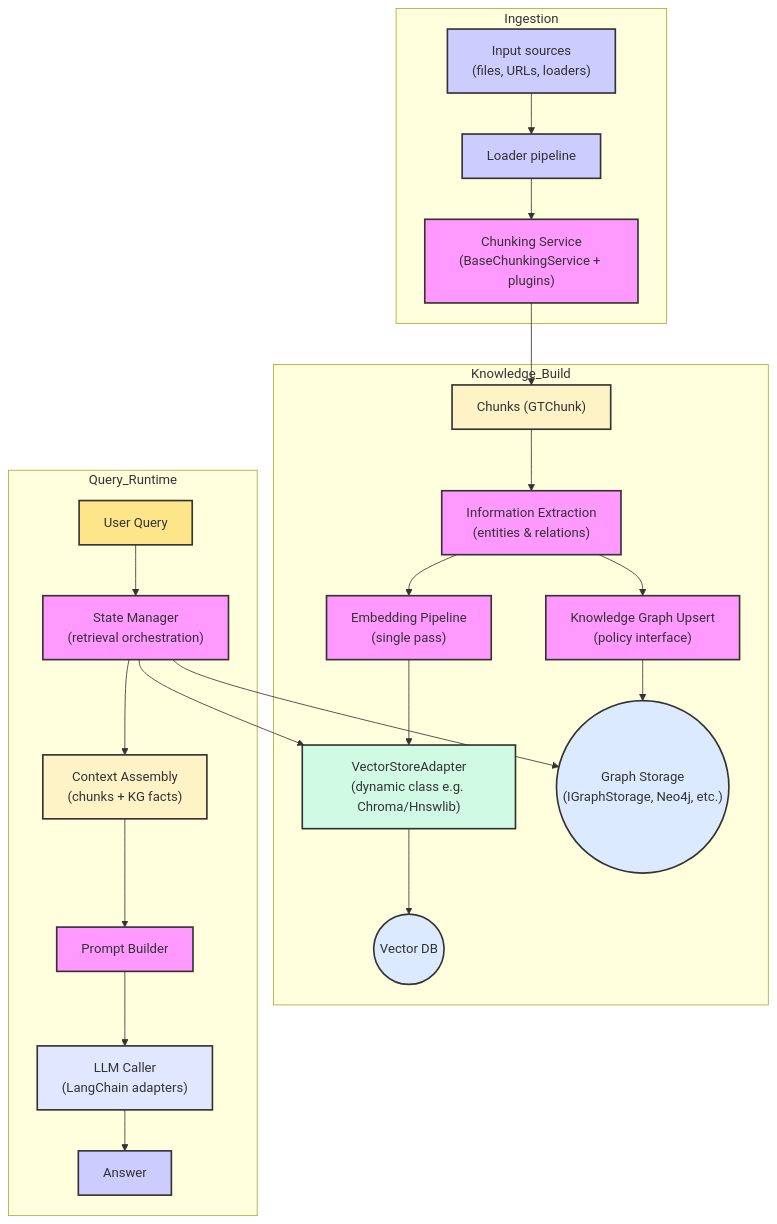
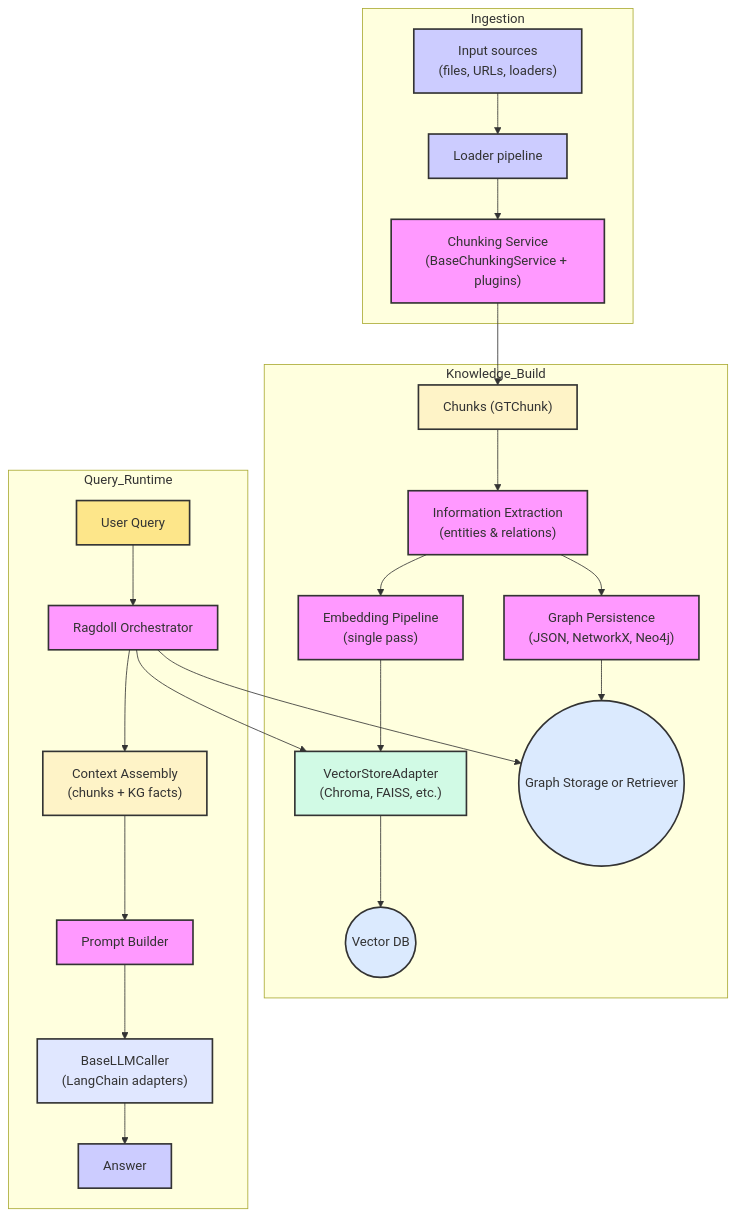
The diagram in docs/architecture.md (nsasto/RAGdoll), drawn with Mermaid before and after one commit. The commit also changed other lines of this file and 4 other files, not shown here.

````diff
--- a/docs/architecture.md
+++ b/docs/architecture.md
@@ -5,47 +5,47 @@
 ```mermaid
 graph TD
     %% Ingestion + Chunking
     subgraph Ingestion
         A["Input sources<br/>(files, URLs, loaders)"] --> B["Loader pipeline"]
         B --> C["Chunking Service<br/>(BaseChunkingService + plugins)"]
     end
     C --> D["Chunks (GTChunk)"]
 
     %% Knowledge Construction
     subgraph Knowledge_Build
         D --> E["Information Extraction<br/>(entities & relations)"]
-        E --> F["Knowledge Graph Upsert<br/>(policy interface)"]
+        E --> F["Graph Persistence<br/>(JSON, NetworkX, Neo4j)"]
         E --> G["Embedding Pipeline<br/>(single pass)"]
-        G --> H["VectorStoreAdapter<br/>(dynamic class e.g. Chroma/Hnswlib)"]
-        F --> I(("Graph Storage<br/>(IGraphStorage, Neo4j, etc.)"))
+        G --> H["VectorStoreAdapter<br/>(Chroma, FAISS, etc.)"]
+        F --> I(("Graph Storage or Retriever"))
         H --> J(("Vector DB"))
     end
 
     %% Query + Reasoning
     subgraph Query_Runtime
-        Q["User Query"] --> R["State Manager<br/>(retrieval orchestration)"]
+        Q["User Query"] --> R["Ragdoll Orchestrator"]
         R --> H
         R --> I
         R --> S["Context Assembly<br/>(chunks + KG facts)"]
         S --> T["Prompt Builder"]
-        T --> U["LLM Caller<br/>(LangChain adapters)"]
+        T --> U["BaseLLMCaller<br/>(LangChain adapters)"]
         U --> V["Answer"]
     end
 
     style A fill:#ccf,stroke:#333,stroke-width:2px
     style B fill:#ccf,stroke:#333,stroke-width:2px
     style C fill:#f9f,stroke:#333,stroke-width:2px
     style D fill:#fef3c7,stroke:#333,stroke-width:2px
     style E fill:#f9f,stroke:#333,stroke-width:2px
     style F fill:#f9f,stroke:#333,stroke-width:2px
     style G fill:#f9f,stroke:#333,stroke-width:2px
     style H fill:#d1fae5,stroke:#333,stroke-width:2px
     style I fill:#dbeafe,stroke:#333,stroke-width:2px
     style J fill:#dbeafe,stroke:#333,stroke-width:2px
     style Q fill:#fde68a,stroke:#333,stroke-width:2px
     style R fill:#f9f,stroke:#333,stroke-width:2px
     style S fill:#fef3c7,stroke:#333,stroke-width:2px
     style T fill:#f9f,stroke:#333,stroke-width:2px
     style U fill:#e0e7ff,stroke:#333,stroke-width:2px
     style V fill:#ccf,stroke:#333,stroke-width:2px
 ```
````
